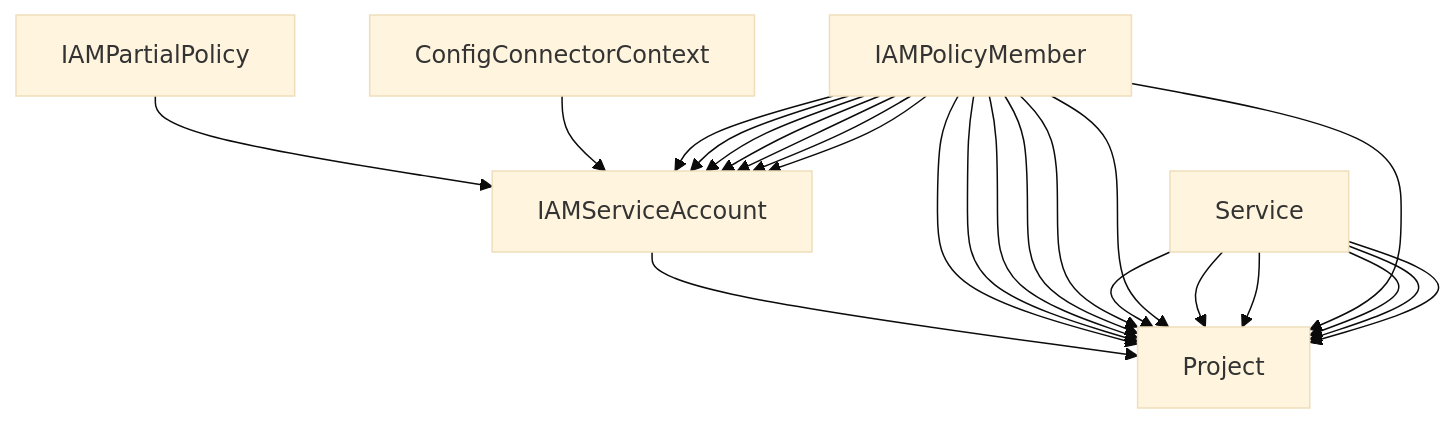
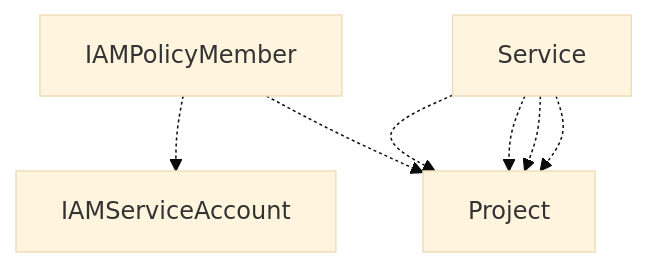
One commit to mathieu-benoit/acm-workshop changed the diagram in content/artifact-registry/allow-artifact-registry.md. Above: the diagram before and after it, drawn with Mermaid (base theme). The commit also changed 13 other files, not shown here.

Commit message:
simplify the mermaid graph, only scoped by what was deployed by page

```diff
--- a/content/artifact-registry/allow-artifact-registry.md
+++ b/content/artifact-registry/allow-artifact-registry.md
@@ -133,26 +133,9 @@
 {{< mermaid >}}
 graph TD;
-  IAMServiceAccount-->Project
-  IAMPartialPolicy-->IAMServiceAccount
-  ConfigConnectorContext-->IAMServiceAccount
-  IAMPolicyMember-->IAMServiceAccount
-  IAMPolicyMember-->Project
-  IAMPolicyMember-->IAMServiceAccount
-  IAMPolicyMember-->Project
-  IAMPolicyMember-->IAMServiceAccount
-  IAMPolicyMember-->Project
-  IAMPolicyMember-->IAMServiceAccount
-  IAMPolicyMember-->Project
-  IAMPolicyMember-->IAMServiceAccount
-  IAMPolicyMember-->Project
-  Service-->Project
-  IAMPolicyMember-->IAMServiceAccount
-  IAMPolicyMember-->Project
-  Service-->Project
-  Service-->Project
-  IAMPolicyMember-->IAMServiceAccount
-  IAMPolicyMember-->Project
-  Service-->Project
-  Service-->Project
-  Service-->Project
+  IAMPolicyMember-.->IAMServiceAccount
+  IAMPolicyMember-.->Project
+  Service-.->Project
+  Service-.->Project
+  Service-.->Project
+  Service-.->Project
 {{< /mermaid >}}
```
